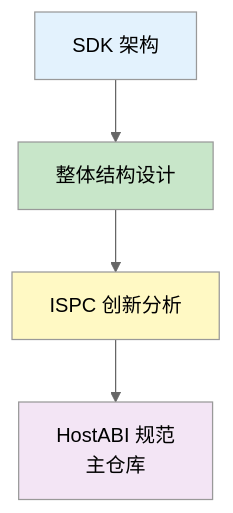
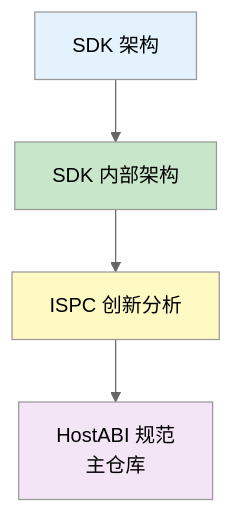
The fifth of 5 diagrams in docs/README.md (weisyn/contract-sdk-go), drawn with Mermaid (neutral theme) before and after one commit. The commit also changed other lines of this file and 14 other files, not shown here.

````diff
--- a/docs/README.md
+++ b/docs/README.md
@@ -317,11 +277,11 @@
 ```mermaid
 graph TB
-    A[SDK 架构] --> B[整体结构设计]
+    A[SDK 架构] --> B[SDK 内部架构]
     B --> C[ISPC 创新分析]
     C --> D[HostABI 规范<br/>主仓库]
     
     style A fill:#E3F2FD
     style B fill:#C8E6C9
     style C fill:#FFF9C4
     style D fill:#F3E5F5
 ```
````
